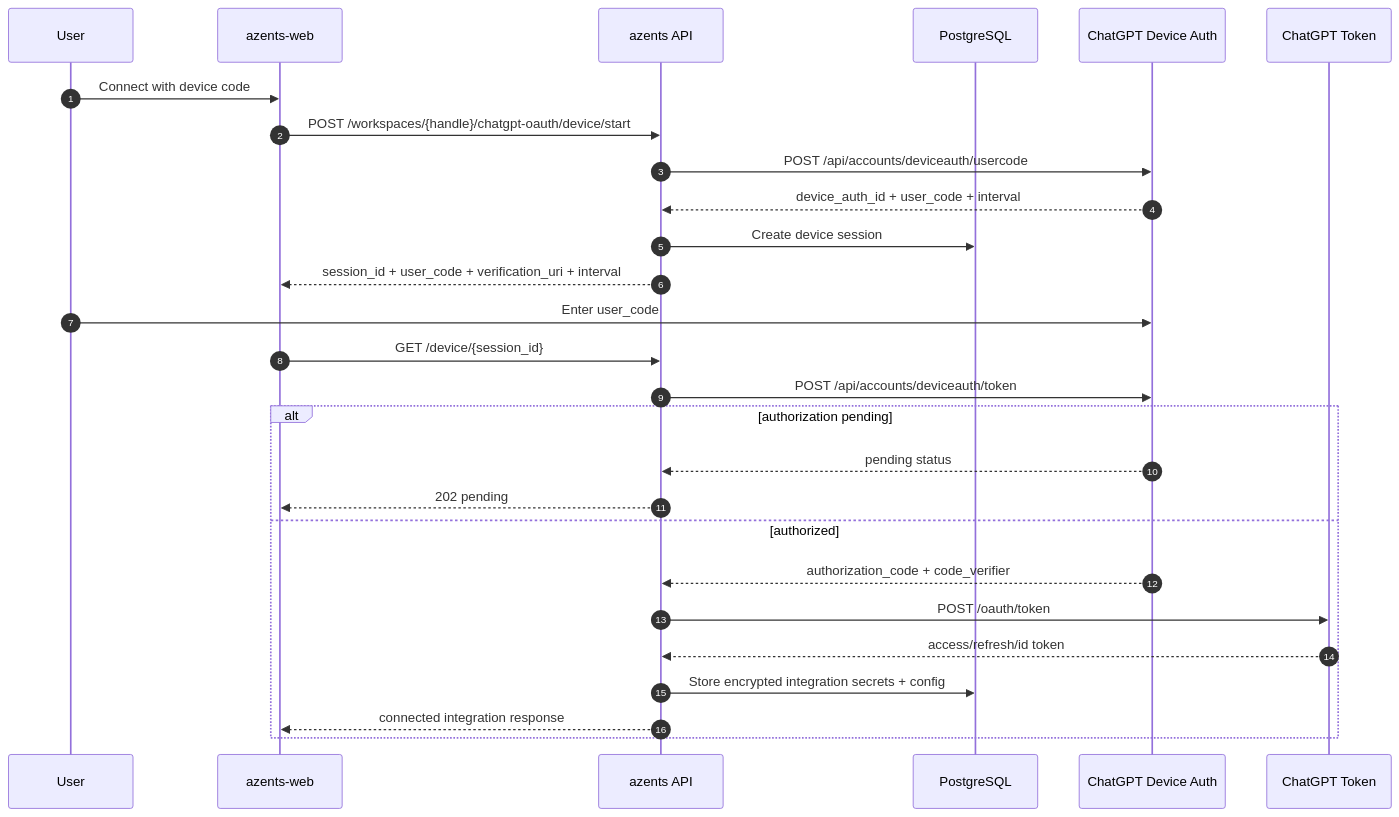
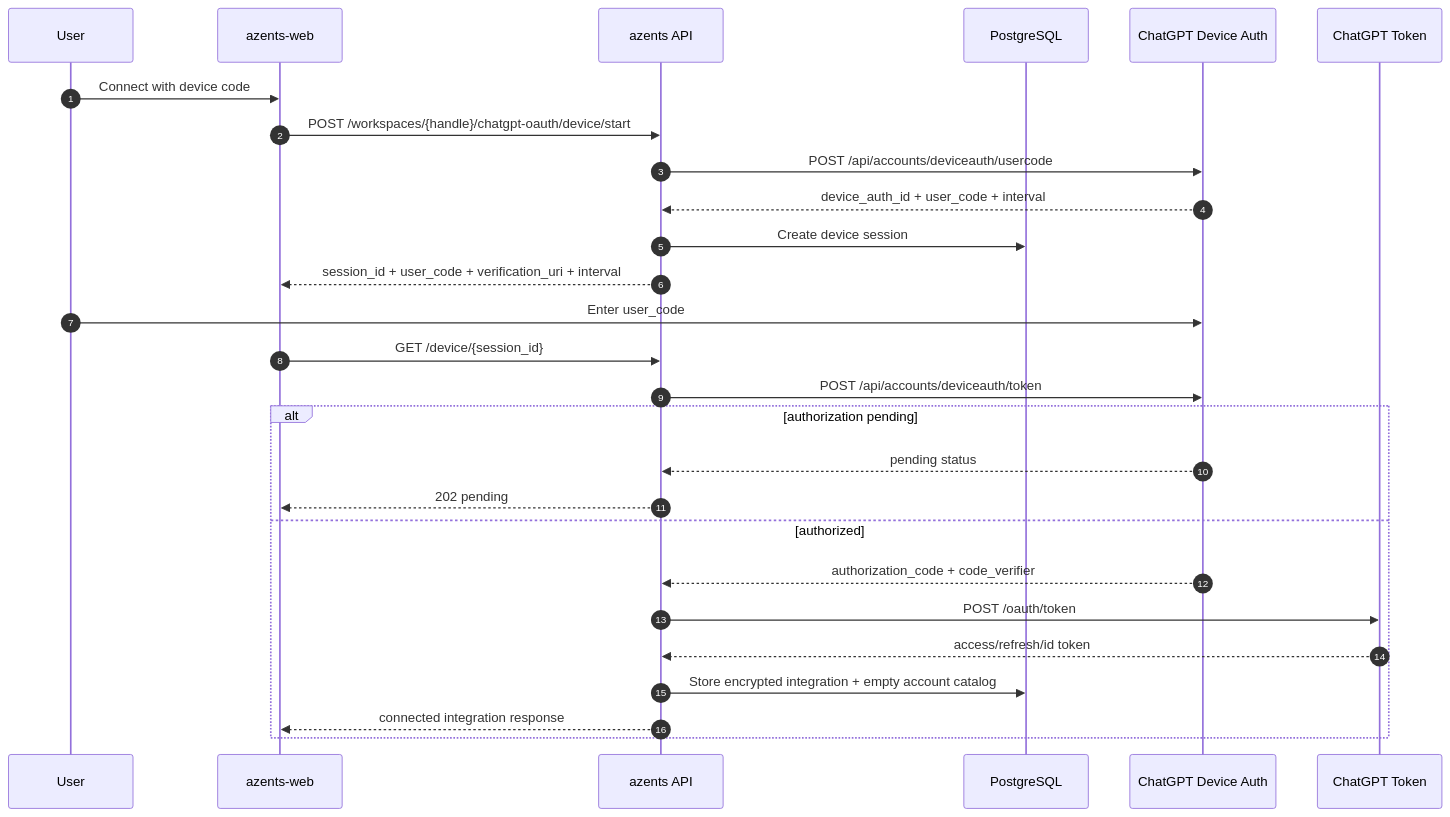
The first of 2 diagrams in docs/azents/spec/flow/chatgpt-oauth.md (azents/azents), drawn with Mermaid before and after one commit. The commit also changed other lines of this file and 36 other files, not shown here.

````diff
--- a/docs/azents/spec/flow/chatgpt-oauth.md
+++ b/docs/azents/spec/flow/chatgpt-oauth.md
@@ -101,30 +101,30 @@
 ```mermaid
 sequenceDiagram
     autonumber
     participant User as User
     participant Web as azents-web
     participant API as azents API
     participant DB as PostgreSQL
     participant Device as ChatGPT Device Auth
     participant Token as ChatGPT Token
 
     User->>Web: Connect with device code
     Web->>API: POST /workspaces/{handle}/chatgpt-oauth/device/start
     API->>Device: POST /api/accounts/deviceauth/usercode
     Device-->>API: device_auth_id + user_code + interval
     API->>DB: Create device session
     API-->>Web: session_id + user_code + verification_uri + interval
     User->>Device: Enter user_code
     Web->>API: GET /device/{session_id}
     API->>Device: POST /api/accounts/deviceauth/token
     alt authorization pending
         Device-->>API: pending status
         API-->>Web: 202 pending
     else authorized
         Device-->>API: authorization_code + code_verifier
         API->>Token: POST /oauth/token
         Token-->>API: access/refresh/id token
-        API->>DB: Store encrypted integration secrets + config
+        API->>DB: Store encrypted integration + empty account catalog
         API-->>Web: connected integration response
     end
 ```
````
